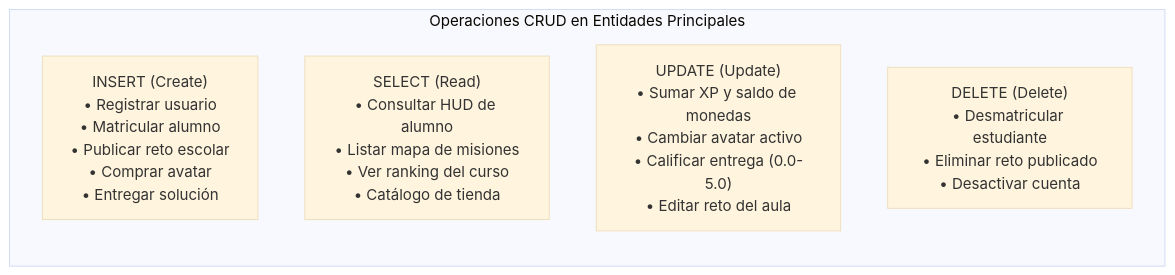
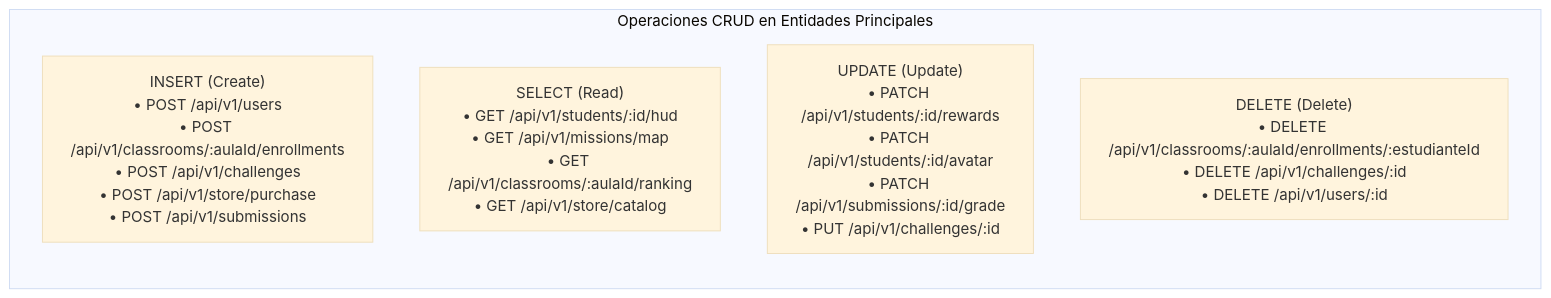
One commit to luchobar/CODE-KIDS changed the third of 3 diagrams in README.md. Above: the diagram before and after it, drawn with Mermaid (base theme). The commit also changed other lines of this file and 14 other files, not shown here.

````diff
--- a/README.md
+++ b/README.md
@@ -187,9 +195,9 @@
 ```mermaid
 flowchart LR
     subgraph CRUD ["Operaciones CRUD en Entidades Principales"]
-        C["INSERT (Create)<br>• Registrar usuario<br>• Matricular alumno<br>• Publicar reto escolar<br>• Comprar avatar<br>• Entregar solución"]
-        R["SELECT (Read)<br>• Consultar HUD de alumno<br>• Listar mapa de misiones<br>• Ver ranking del curso<br>• Catálogo de tienda"]
-        U["UPDATE (Update)<br>• Sumar XP y saldo de monedas<br>• Cambiar avatar activo<br>• Calificar entrega (0.0-5.0)<br>• Editar reto del aula"]
-        D["DELETE (Delete)<br>• Desmatricular estudiante<br>• Eliminar reto publicado<br>• Desactivar cuenta"]
+        C["INSERT (Create)<br>• POST /api/v1/users<br>• POST /api/v1/classrooms/:aulaId/enrollments<br>• POST /api/v1/challenges<br>• POST /api/v1/store/purchase<br>• POST /api/v1/submissions"]
+        R["SELECT (Read)<br>• GET /api/v1/students/:id/hud<br>• GET /api/v1/missions/map<br>• GET /api/v1/classrooms/:aulaId/ranking<br>• GET /api/v1/store/catalog"]
+        U["UPDATE (Update)<br>• PATCH /api/v1/students/:id/rewards<br>• PATCH /api/v1/students/:id/avatar<br>• PATCH /api/v1/submissions/:id/grade<br>• PUT /api/v1/challenges/:id"]
+        D["DELETE (Delete)<br>• DELETE /api/v1/classrooms/:aulaId/enrollments/:estudianteId<br>• DELETE /api/v1/challenges/:id<br>• DELETE /api/v1/users/:id"]
     end
 ```
````
